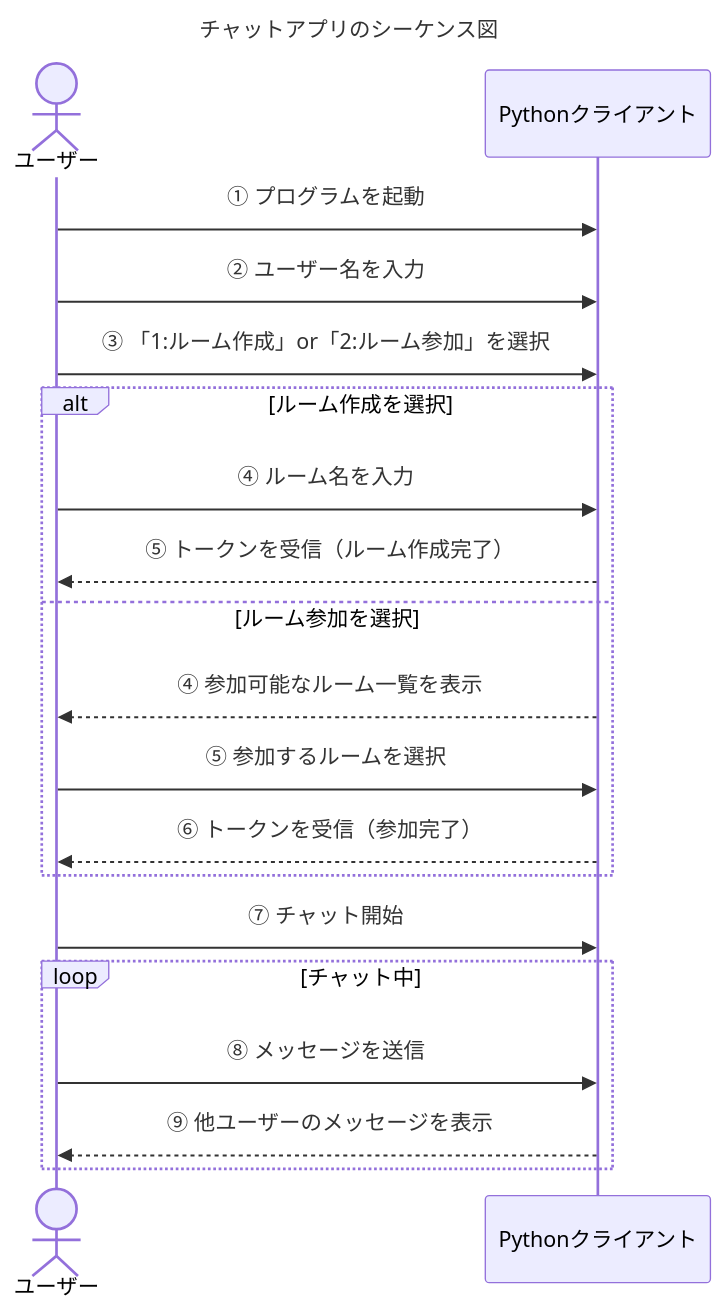
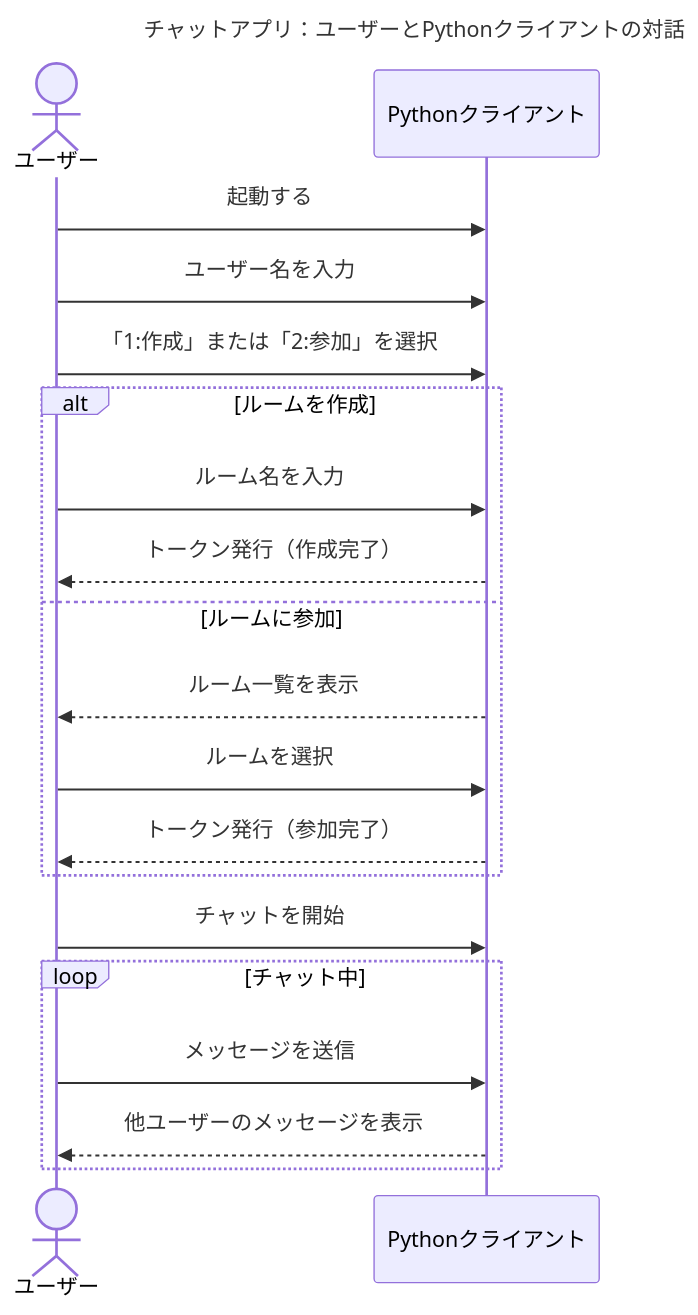
Before and after one commit to BackendExplorer/Tenshin: the first of 2 diagrams in README.md, drawn with Mermaid.

````diff
--- a/README.md
+++ b/README.md
@@ -1,32 +1,35 @@
 ```mermaid
 sequenceDiagram
-    title チャットアプリのシーケンス図
+    title チャットアプリ：ユーザーとPythonクライアントの対話
 
     actor ユーザー
     participant クライアント as Pythonクライアント
 
-    %% --- 起動フェーズ ---
-    ユーザー->>クライアント: ① プログラムを起動
-    ユーザー->>クライアント: ② ユーザー名を入力
-    ユーザー->>クライアント: ③ 「1:ルーム作成」or「2:ルーム参加」を選択
+    %% === 起動フェーズ ===
+    %% --------------------
+    ユーザー->>クライアント: 起動する
+    ユーザー->>クライアント: ユーザー名を入力
+    ユーザー->>クライアント: 「1:作成」または「2:参加」を選択
 
-    %% --- ルーム選択フェーズ ---
-    alt ルーム作成を選択
-        ユーザー->>クライアント: ④ ルーム名を入力
-        クライアント-->>ユーザー: ⑤ トークンを受信（ルーム作成完了）
-    else ルーム参加を選択
-        クライアント-->>ユーザー: ④ 参加可能なルーム一覧を表示
-        ユーザー->>クライアント: ⑤ 参加するルームを選択
-        クライアント-->>ユーザー: ⑥ トークンを受信（参加完了）
+    %% === ルーム選択フェーズ ===
+    %% --------------------------
+    alt ルームを作成
+        ユーザー->>クライアント: ルーム名を入力
+        クライアント-->>ユーザー: トークン発行（作成完了）
+    else ルームに参加
+        クライアント-->>ユーザー: ルーム一覧を表示
+        ユーザー->>クライアント: ルームを選択
+        クライアント-->>ユーザー: トークン発行（参加完了）
     end
 
-    %% --- チャットフェーズ ---
-    ユーザー->>クライアント: ⑦ チャット開始
+    %% === チャットフェーズ ===
+    %% -----------------------
+    ユーザー->>クライアント: チャットを開始
 
     loop チャット中
-        ユーザー->>クライアント: ⑧ メッセージを送信
-        クライアント-->>ユーザー: ⑨ 他ユーザーのメッセージを表示
+        ユーザー->>クライアント: メッセージを送信
+        クライアント-->>ユーザー: 他ユーザーのメッセージを表示
     end
 
 
 ```
````
